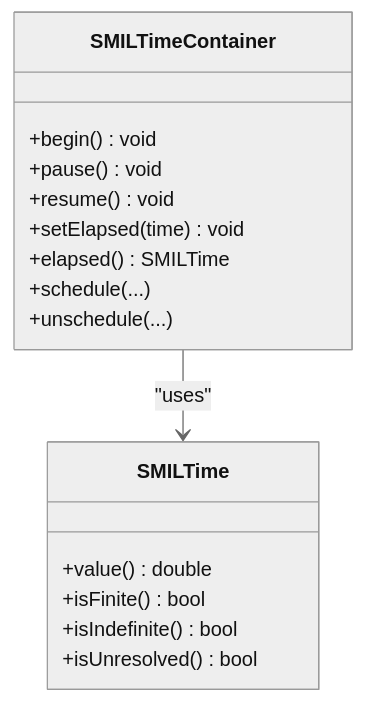
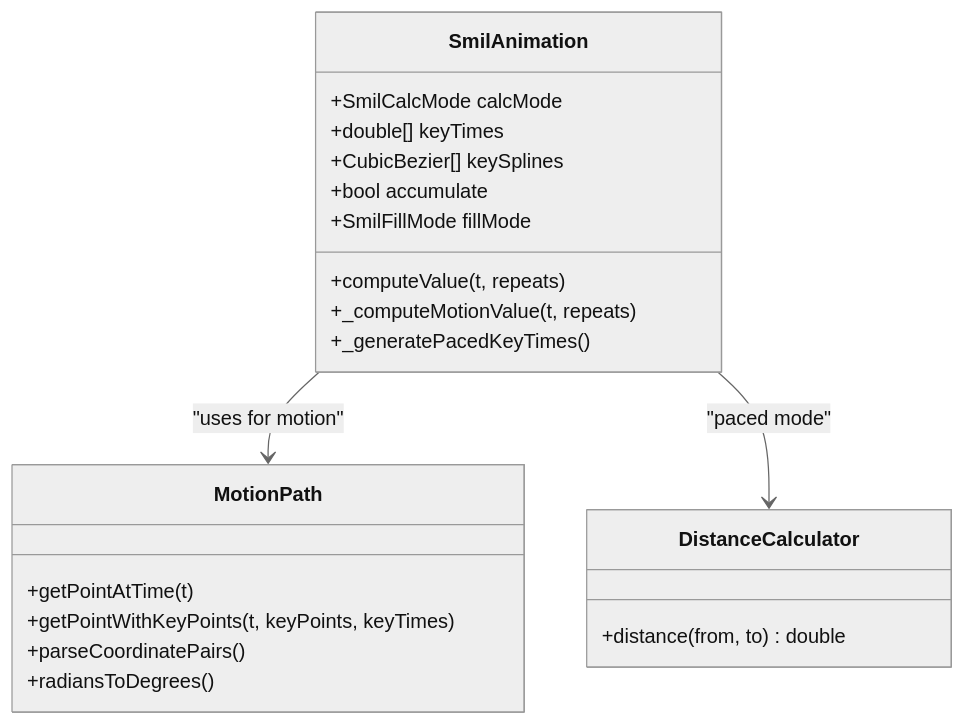
Before and after one commit to denisnadey/flutter_full_svg_support: the fourth of 6 diagrams in .qoder/repowiki/en/content/Animated SVG Support/Advanced Animation Features/Motion Animation and Path Tracking.md, drawn with Mermaid (neutral theme). The commit also changed other lines of this file and 31 other files, not shown here.

First line of the commit message:
feat(smil-animation): implement advanced motion animation and path tracking

````diff
--- a/.qoder/repowiki/en/content/Animated SVG Support/Advanced Animation Features/Motion Animation and Path Tracking.md
+++ b/.qoder/repowiki/en/content/Animated SVG Support/Advanced Animation Features/Motion Animation and Path Tracking.md
@@ -212,19 +220,24 @@
 ```mermaid
 classDiagram
-class SMILTime {
-+value() double
-+isFinite() bool
-+isIndefinite() bool
-+isUnresolved() bool
+class SmilAnimation {
++SmilCalcMode calcMode
++double[] keyTimes
++CubicBezier[] keySplines
++bool accumulate
++SmilFillMode fillMode
++computeValue(t, repeats)
++_computeMotionValue(t, repeats)
++_generatePacedKeyTimes()
 }
-class SMILTimeContainer {
-+begin() void
-+pause() void
-+resume() void
-+setElapsed(time) void
-+elapsed() SMILTime
-+schedule(...)
-+unschedule(...)
+class MotionPath {
++getPointAtTime(t)
++getPointWithKeyPoints(t, keyPoints, keyTimes)
++parseCoordinatePairs()
++radiansToDegrees()
 }
-SMILTimeContainer --> SMILTime : "uses"
+class DistanceCalculator {
++distance(from, to) double
+}
+SmilAnimation --> MotionPath : "uses for motion"
+SmilAnimation --> DistanceCalculator : "paced mode"
 ```
````
